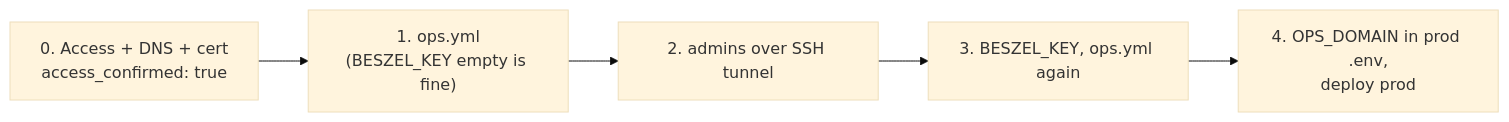
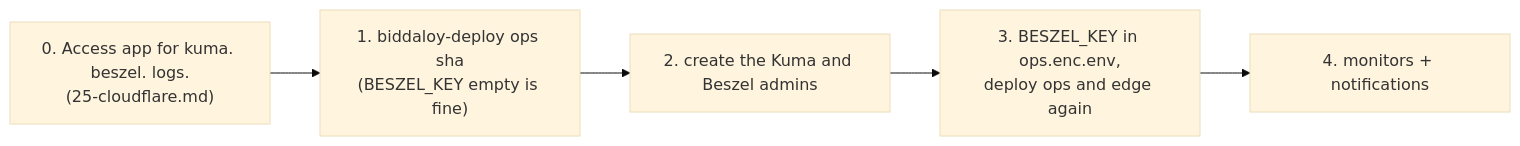
The third of 12 diagrams in docs/architecture/12-operations.md (tareq89/biddaloy), drawn with Mermaid (base theme) before and after one commit. The commit also changed other lines of this file and 9 other files, not shown here.

First line of the commit message:
docs(deploy): rewrite deployment, operations, backup and Cloudflare docs for the one-VM setup (#2805)

````diff
--- a/docs/architecture/12-operations.md
+++ b/docs/architecture/12-operations.md
@@ -77,6 +141,6 @@
 ```mermaid
 flowchart LR
-  S0["0. Access + DNS + cert<br/>access_confirmed: true"] --> S1["1. ops.yml<br/>(BESZEL_KEY empty is fine)"]
-  S1 --> S2["2. admins over SSH tunnel"] --> S3["3. BESZEL_KEY, ops.yml again"]
-  S3 --> S4["4. OPS_DOMAIN in prod .env,<br/>deploy prod"]
+  S0["0. Access app for kuma. beszel. logs.<br/>(25-cloudflare.md)"] --> S1["1. biddaloy-deploy ops sha<br/>(BESZEL_KEY empty is fine)"]
+  S1 --> S2["2. create the Kuma and Beszel admins"] --> S3["3. BESZEL_KEY in ops.enc.env,<br/>deploy ops and edge again"]
+  S3 --> S4["4. monitors + notifications"]
 ```
````
